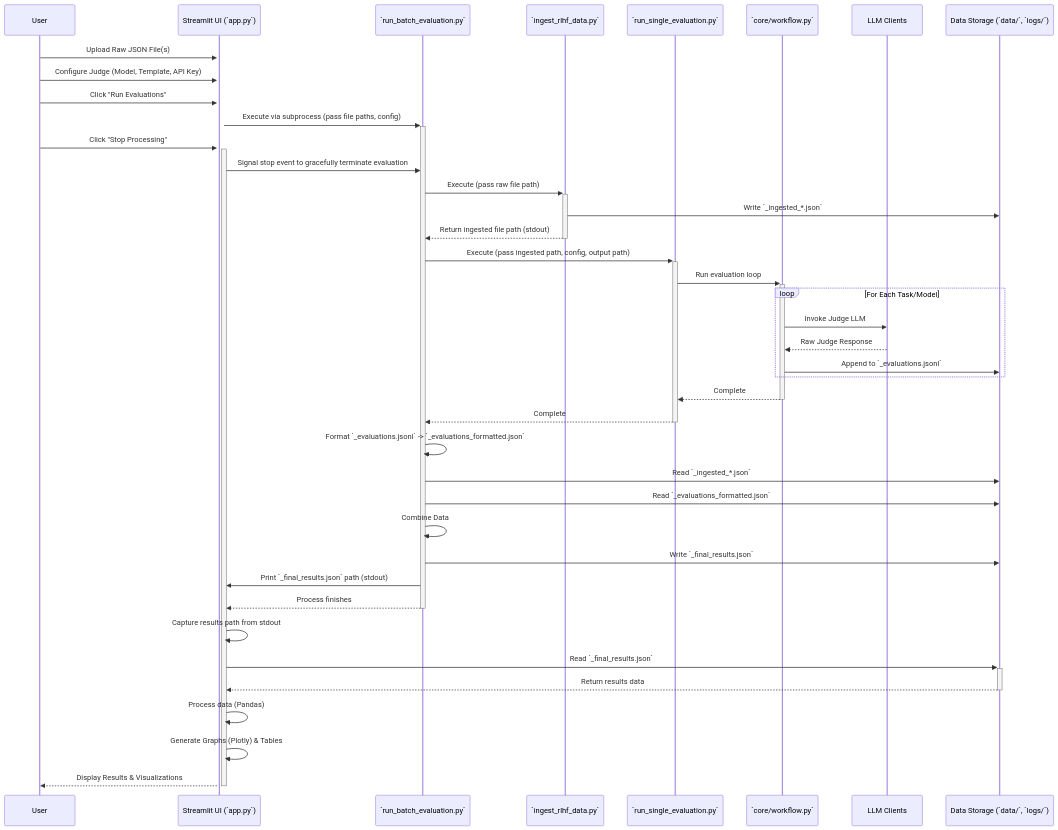
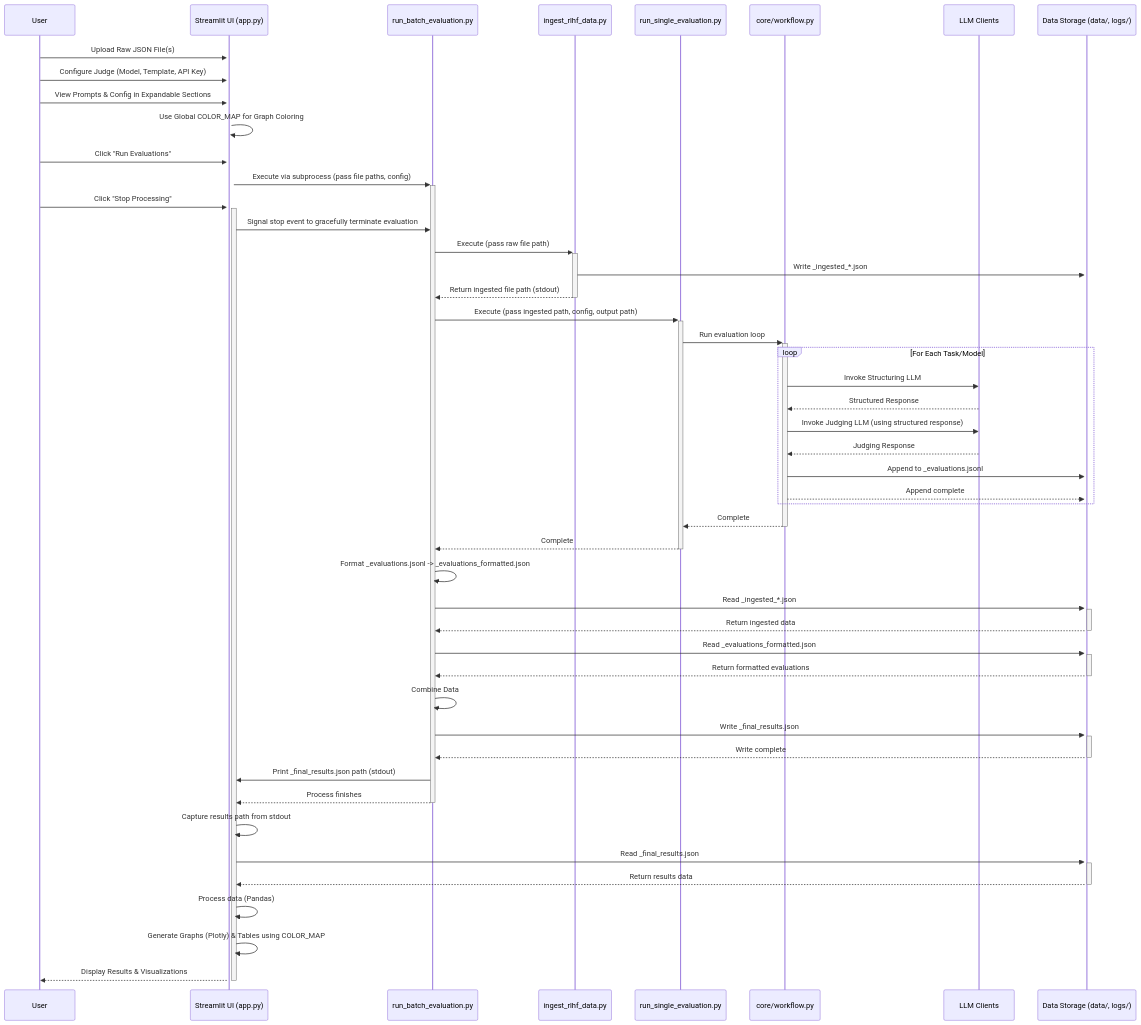
The second of 2 diagrams in overview.md (Mathews-Tom/CogniBench), drawn with Mermaid before and after one commit. The commit also changed other lines of this file and 1 other file, not shown here.

Commit message:
Update documentation and Mermaid diagrams to reflect recent enhancements including two-step evaluation workflow (Structuring and Judging), UI improvements, and consistent color mapping

````diff
--- a/overview.md
+++ b/overview.md
@@ -88,43 +93,59 @@
 ```mermaid
 sequenceDiagram
     participant User
-    participant UI as Streamlit UI (`app.py`)
-    participant BatchScript as `run_batch_evaluation.py`
-    participant IngestScript as `ingest_rlhf_data.py`
-    participant EvalScript as `run_single_evaluation.py`
-    participant CoreWorkflow as `core/workflow.py`
+    participant UI as Streamlit UI (app.py)
+    participant BatchScript as run_batch_evaluation.py
+    participant IngestScript as ingest_rlhf_data.py
+    participant EvalScript as run_single_evaluation.py
+    participant CoreWorkflow as core/workflow.py
     participant LLMClient as LLM Clients
-    participant DataStore as Data Storage (`data/`, `logs/`)
+    participant DataStore as Data Storage (data/, logs/)
 
     User->>+UI: Upload Raw JSON File(s)
     User->>UI: Configure Judge (Model, Template, API Key)
+    User->>UI: View Prompts & Config in Expandable Sections
+    UI->>UI: Use Global COLOR_MAP for Graph Coloring
     User->>+UI: Click "Run Evaluations"
     UI->>+BatchScript: Execute via subprocess (pass file paths, config)
     User->>+UI: Click "Stop Processing"
     UI->>BatchScript: Signal stop event to gracefully terminate evaluation
+
     BatchScript->>+IngestScript: Execute (pass raw file path)
-    IngestScript->>DataStore: Write `_ingested_*.json`
+    IngestScript->>+DataStore: Write _ingested_*.json
     IngestScript-->>-BatchScript: Return ingested file path (stdout)
+
     BatchScript->>+EvalScript: Execute (pass ingested path, config, output path)
     EvalScript->>+CoreWorkflow: Run evaluation loop
+
     loop For Each Task/Model
-        CoreWorkflow->>LLMClient: Invoke Judge LLM
-        LLMClient-->>CoreWorkflow: Raw Judge Response
-        CoreWorkflow->>DataStore: Append to `_evaluations.jsonl`
+        CoreWorkflow->>LLMClient: Invoke Structuring LLM
+        LLMClient-->>CoreWorkflow: Structured Response
+        CoreWorkflow->>LLMClient: Invoke Judging LLM (using structured response)
+        LLMClient-->>CoreWorkflow: Judging Response
+        CoreWorkflow->>DataStore: Append to _evaluations.jsonl
+        CoreWorkflow-->>DataStore: Append complete
     end
+
     CoreWorkflow-->>-EvalScript: Complete
     EvalScript-->>-BatchScript: Complete
-    BatchScript->>BatchScript: Format `_evaluations.jsonl` -> `_evaluations_formatted.json`
-    BatchScript->>DataStore: Read `_ingested_*.json`
-    BatchScript->>DataStore: Read `_evaluations_formatted.json`
+
+    BatchScript->>BatchScript: Format _evaluations.jsonl -> _evaluations_formatted.json
+    BatchScript->>+DataStore: Read _ingested_*.json
+    DataStore-->>-BatchScript: Return ingested data
+    BatchScript->>+DataStore: Read _evaluations_formatted.json
+    DataStore-->>-BatchScript: Return formatted evaluations
     BatchScript->>BatchScript: Combine Data
-    BatchScript->>DataStore: Write `_final_results.json`
-    BatchScript->>UI: Print `_final_results.json` path (stdout)
+    BatchScript->>+DataStore: Write _final_results.json
+    DataStore-->>-BatchScript: Write complete
+
+    BatchScript->>UI: Print _final_results.json path (stdout)
     BatchScript-->>-UI: Process finishes
     UI->>UI: Capture results path from stdout
-    UI->>+DataStore: Read `_final_results.json`
+
+    UI->>+DataStore: Read _final_results.json
     DataStore-->>-UI: Return results data
     UI->>UI: Process data (Pandas)
-    UI->>UI: Generate Graphs (Plotly) & Tables
+    UI->>UI: Generate Graphs (Plotly) & Tables using COLOR_MAP
     UI-->>-User: Display Results & Visualizations
+
 ```
````
